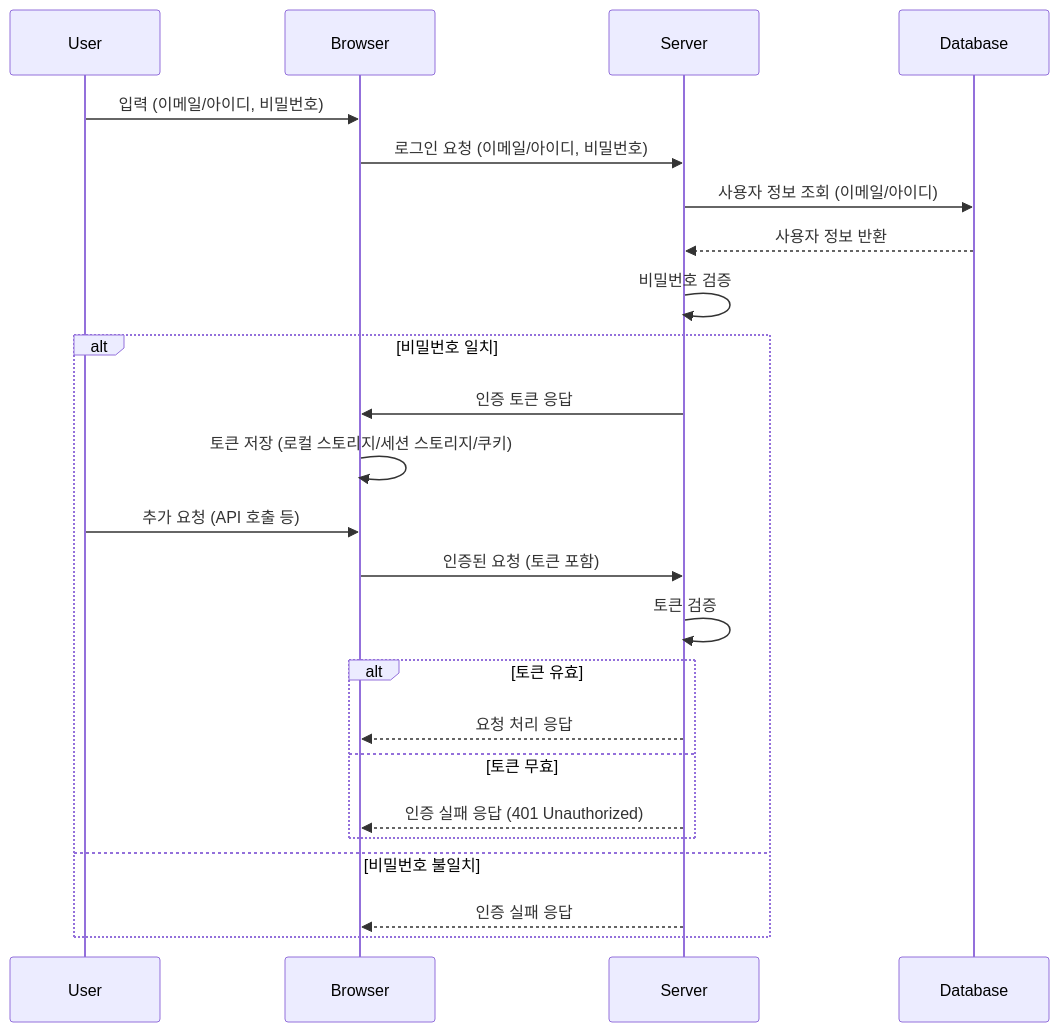
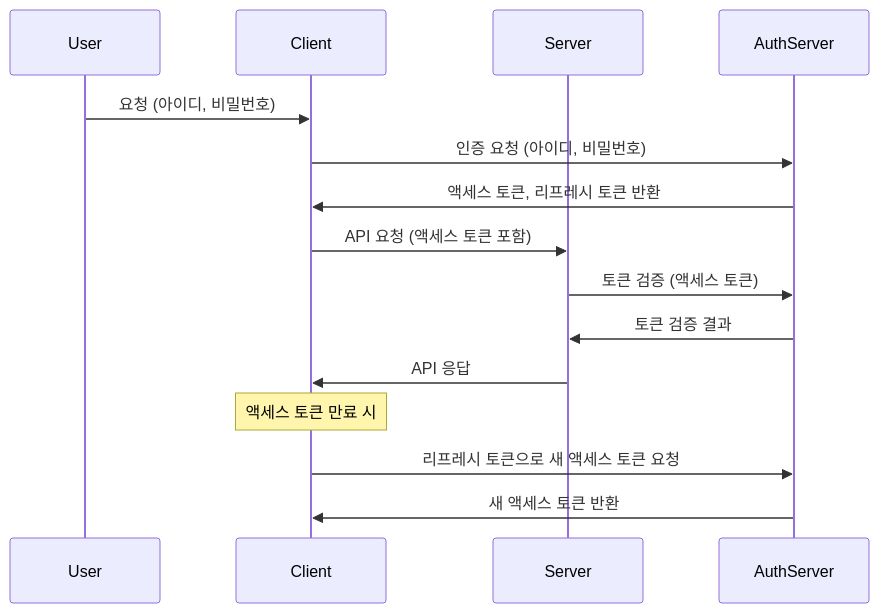
The second of 9 diagrams in public/mermaid/index.md (RHUK2/blog), drawn with Mermaid before and after one commit. The commit also changed other lines of this file and 6 other files, not shown here.

````diff
--- a/public/mermaid/index.md
+++ b/public/mermaid/index.md
@@ -3,27 +22,18 @@
 ```mermaid
 sequenceDiagram
     participant User
-    participant Browser
+    participant Client
     participant Server
-    participant Database
+    participant AuthServer
 
-    User->>Browser: 입력 (이메일/아이디, 비밀번호)
-    Browser->>Server: 로그인 요청 (이메일/아이디, 비밀번호)
-    Server->>Database: 사용자 정보 조회 (이메일/아이디)
-    Database-->>Server: 사용자 정보 반환
-    Server->>Server: 비밀번호 검증
-    alt 비밀번호 일치
-        Server->>Browser: 인증 토큰 응답
-        Browser->>Browser: 토큰 저장 (로컬 스토리지/세션 스토리지/쿠키)
-        User->>Browser: 추가 요청 (API 호출 등)
-        Browser->>Server: 인증된 요청 (토큰 포함)
-        Server->>Server: 토큰 검증
-        alt 토큰 유효
-            Server-->>Browser: 요청 처리 응답
-        else 토큰 무효
-            Server-->>Browser: 인증 실패 응답 (401 Unauthorized)
-        end
-    else 비밀번호 불일치
-        Server-->>Browser: 인증 실패 응답
-    end
+    User->>Client: 요청 (아이디, 비밀번호)
+    Client->>AuthServer: 인증 요청 (아이디, 비밀번호)
+    AuthServer->>Client: 액세스 토큰, 리프레시 토큰 반환
+    Client->>Server: API 요청 (액세스 토큰 포함)
+    Server->>AuthServer: 토큰 검증 (액세스 토큰)
+    AuthServer->>Server: 토큰 검증 결과
+    Server->>Client: API 응답
+    Note over Client: 액세스 토큰 만료 시
+    Client->>AuthServer: 리프레시 토큰으로 새 액세스 토큰 요청
+    AuthServer->>Client: 새 액세스 토큰 반환
 ```
````
